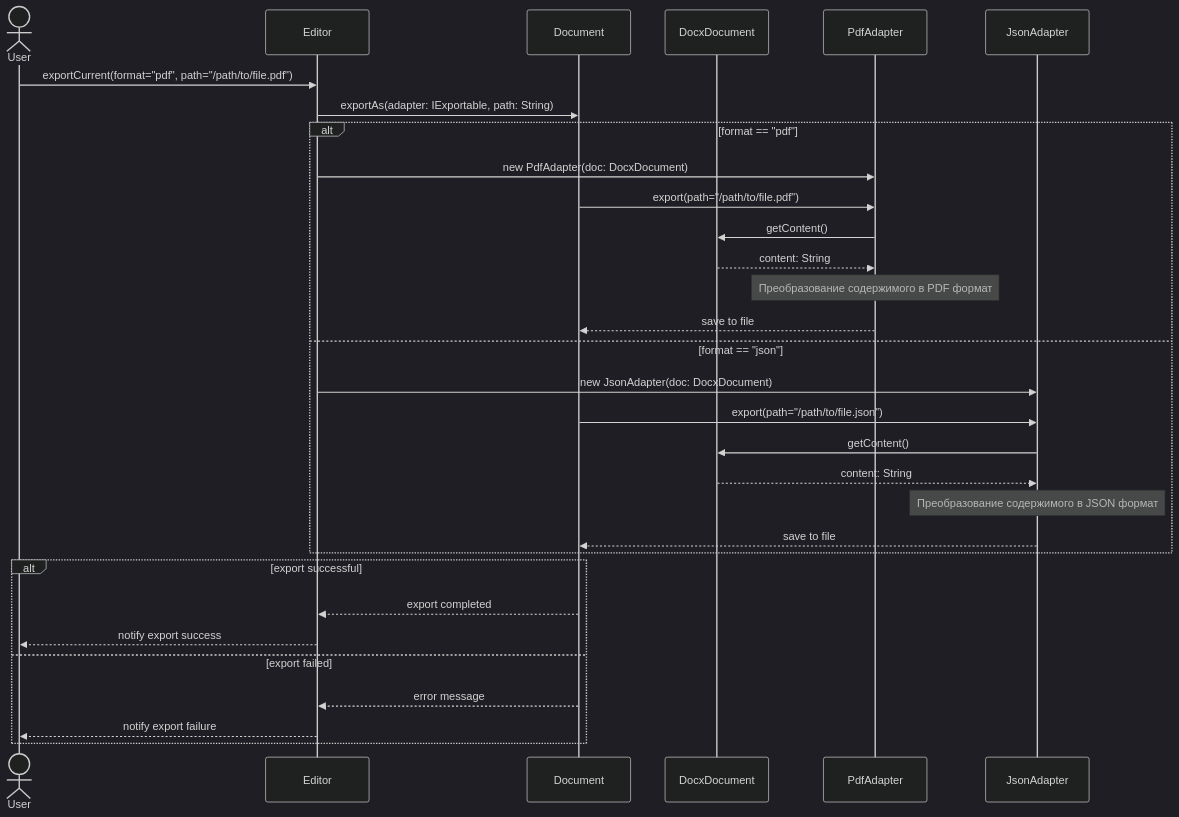
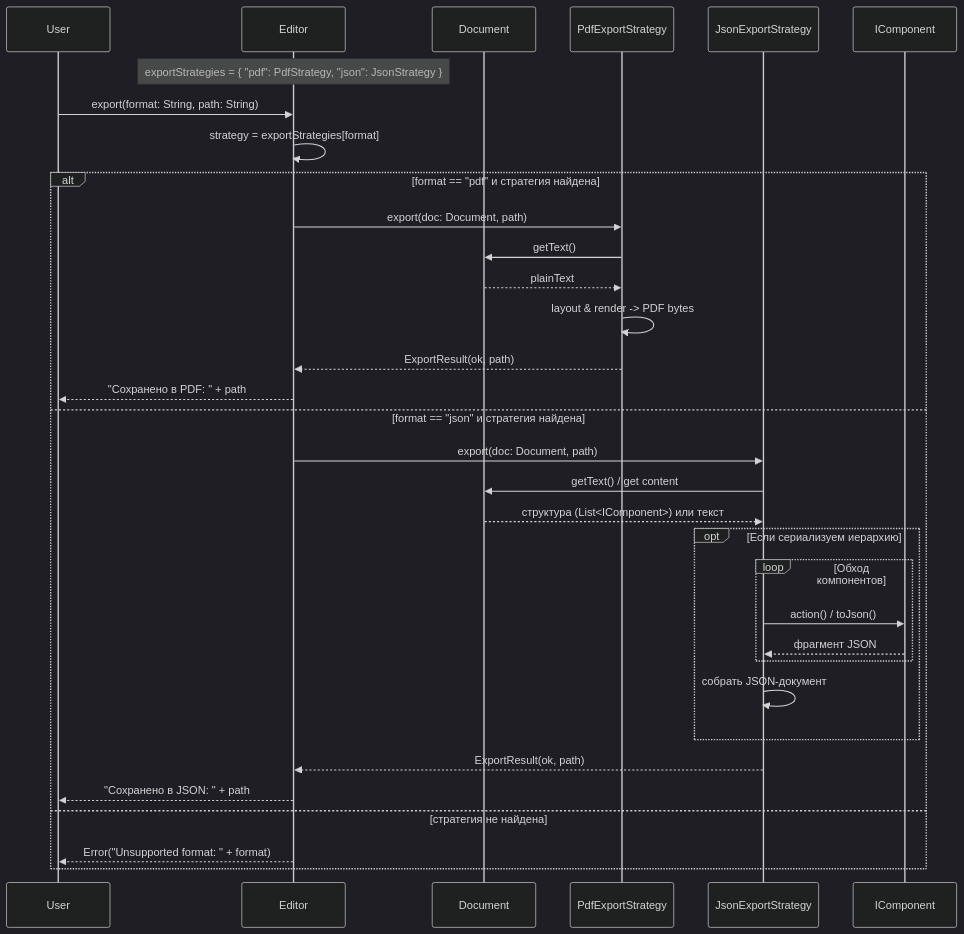
One commit to penamarth/bsbo-16-23_team5_var11_textedit changed the diagram in Документация/Преценденты/Сохранение документа в разных форматах/Диаграмма последовательности Сохранение документа.md. Above: the diagram before and after it, drawn with Mermaid (dark theme).

Commit message:
add seq diagram

````diff
--- a/Документация/Преценденты/Сохранение документа в разных форматах/Диаграмма последовательности Сохранение документа.md
+++ b/Документация/Преценденты/Сохранение документа в разных форматах/Диаграмма последовательности Сохранение документа.md
@@ -1,36 +1,38 @@
 ```mermaid
 sequenceDiagram
-    actor User
+    participant User
     participant Editor
     participant Document
-    participant DocxDocument
-    participant PdfAdapter
-    participant JsonAdapter
+    participant PdfStrategy as PdfExportStrategy
+    participant JsonStrategy as JsonExportStrategy
+    participant IComp as IComponent
 
-    User->>Editor: exportCurrent(format="pdf", path="/path/to/file.pdf")
-    Editor->>Document: exportAs(adapter: IExportable, path: String)
+    Note over Editor: exportStrategies = { "pdf": PdfStrategy, "json": JsonStrategy }
 
-    alt format == "pdf"
-        Editor->>PdfAdapter: new PdfAdapter(doc: DocxDocument)
-        Document->>PdfAdapter: export(path="/path/to/file.pdf")
-        PdfAdapter->>DocxDocument: getContent()
-        DocxDocument-->>PdfAdapter: content: String
-        note over PdfAdapter: Преобразование содержимого в PDF формат
-        PdfAdapter-->>Document: save to file
-    else format == "json"
-        Editor->>JsonAdapter: new JsonAdapter(doc: DocxDocument)
-        Document->>JsonAdapter: export(path="/path/to/file.json")
-        JsonAdapter->>DocxDocument: getContent()
-        DocxDocument-->>JsonAdapter: content: String
-        note over JsonAdapter: Преобразование содержимого в JSON формат
-        JsonAdapter-->>Document: save to file
-    end
+    User->>Editor: export(format: String, path: String)
+    Editor->>Editor: strategy = exportStrategies[format]
 
-    alt export successful
-        Document-->>Editor: export completed
-        Editor-->>User: notify export success
-    else export failed
-        Document-->>Editor: error message
-        Editor-->>User: notify export failure
+    alt format == "pdf" и стратегия найдена
+        Editor->>PdfStrategy: export(doc: Document, path)
+        PdfStrategy->>Document: getText()
+        Document-->>PdfStrategy: plainText
+        PdfStrategy->>PdfStrategy: layout & render -> PDF bytes
+        PdfStrategy-->>Editor: ExportResult(ok, path)
+        Editor-->>User: "Сохранено в PDF: " + path
+    else format == "json" и стратегия найдена
+        Editor->>JsonStrategy: export(doc: Document, path)
+        JsonStrategy->>Document: getText() / get content
+        Document-->>JsonStrategy: структура (List<IComponent>) или текст
+        opt Если сериализуем иерархию
+            loop Обход компонентов
+                JsonStrategy->>IComp: action() / toJson()
+                IComp-->>JsonStrategy: фрагмент JSON 
+            end
+            JsonStrategy->>JsonStrategy: собрать JSON-документ
+        end
+        JsonStrategy-->>Editor: ExportResult(ok, path)
+        Editor-->>User: "Сохранено в JSON: " + path
+    else стратегия не найдена
+        Editor-->>User: Error("Unsupported format: " + format)
     end
 ```
````
